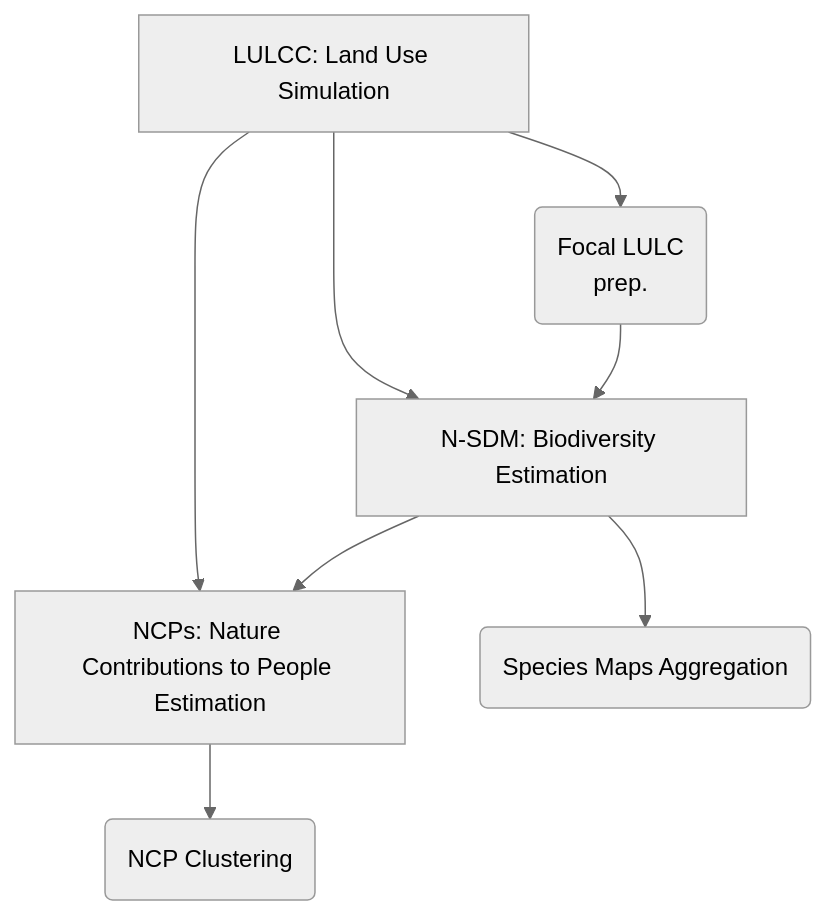
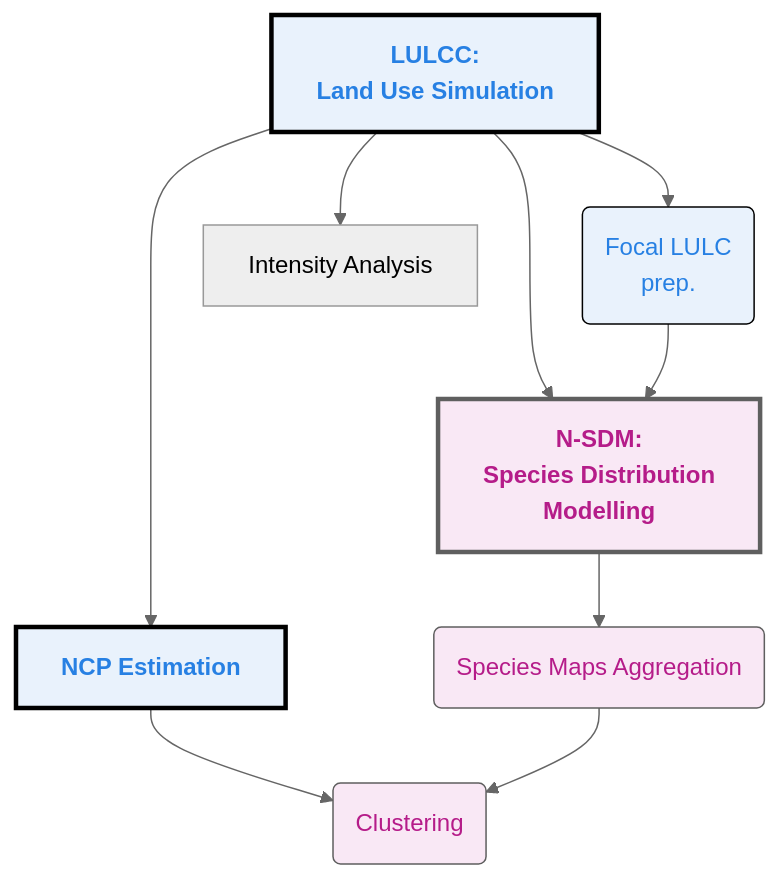
One commit to ethzplus/evoland-plus-HPC changed the diagram in FutureEiGuide/structure.qmd. Above: the diagram before and after it, drawn with Mermaid (neutral theme). The commit also changed other lines of this file and 15 other files, not shown here.

````diff
--- a/FutureEiGuide/structure.qmd
+++ b/FutureEiGuide/structure.qmd
@@ -6,12 +15,20 @@
 ```{mermaid}
 %%| label: fig-pipeline
-%%| fig-cap: "Pipeline Overview"
+%%| fig-cap: "Pipeline Overview -- Steps in blue are part of the Future-EI pipeline, red steps are external. From this structure, a clear order of execution can be derived."
 flowchart TD
-  LULCC[LULCC: Land Use Simulation] --> Focal(Focal LULC<br>prep.)
-  LULCC --> NSDM[N-SDM: Biodiversity Estimation]
+  LULCC[LULCC:<br>Land Use Simulation] --> Focal(Focal LULC<br>prep.)
+  LULCC --> NCP[NCP Estimation]
+  LULCC --> CheckLULCC[Intensity Analysis]
+  NCP --> Clust(Clustering)
+  LULCC --> NSDM[N-SDM:<br>Species Distribution<br>Modelling]
   Focal --> NSDM
-  LULCC --> NCPs[NCPs: Nature Contributions to People Estimation]
   NSDM --> AggSp(Species Maps Aggregation)
-  NSDM --> NCPs
-  NCPs --> AggNCPs(NCP Clustering)
+  AggSp --> Clust
+
+  style LULCC color:#2780e3, fill:#e9f2fc, stroke:#000000, stroke-width:3px, font-weight:bold
+  style Focal color:#2780e3, fill:#e9f2fc, stroke:#000000
+  style NCP color:#2780e3, fill:#e9f2fc, stroke:#000000, stroke-width:3px, font-weight:bold
+  style Clust color:#b51c89, fill:#f9e8f5, stroke:#5f5f5f
+  style NSDM color:#b51c89, fill:#f9e8f5, stroke:#5f5f5f, stroke-width:3px, font-weight:bold
+  style AggSp color:#b51c89, fill:#f9e8f5, stroke:#5f5f5f
 ```
````
